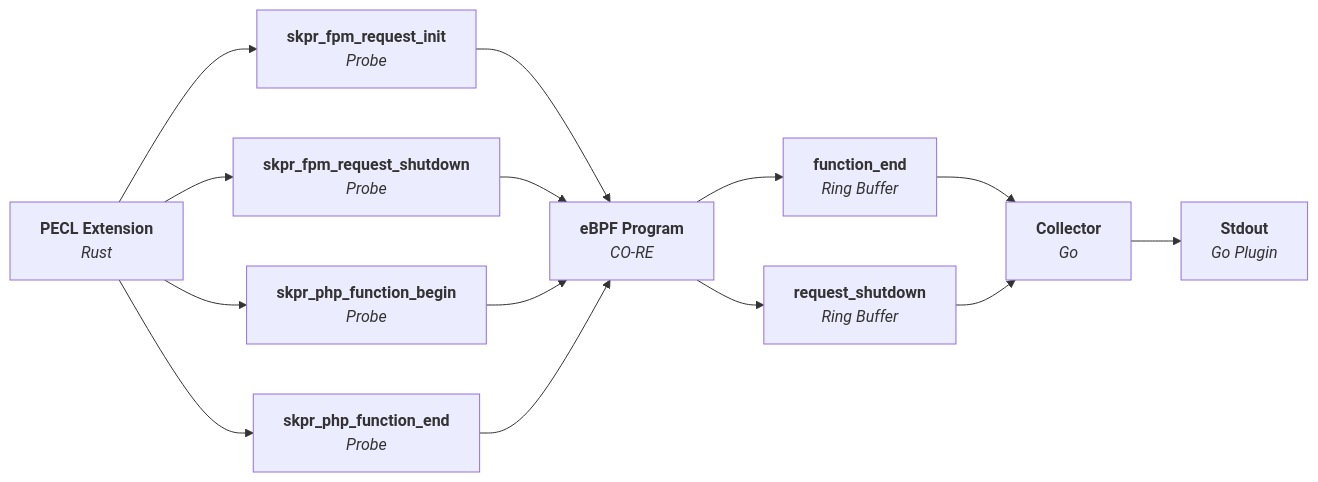
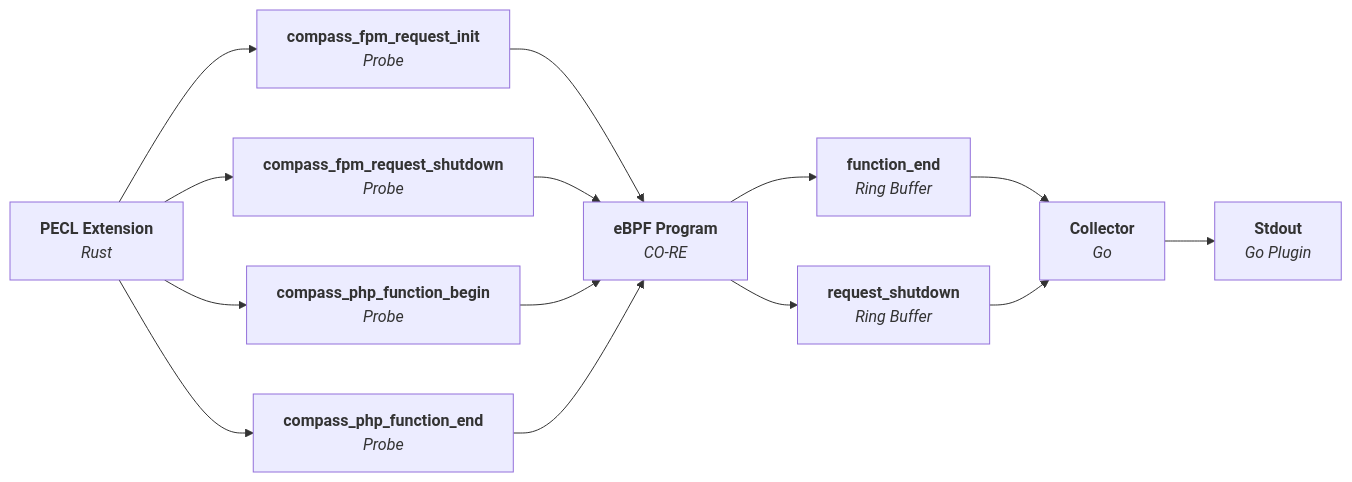
One commit to skpr/compass changed the diagram in README.md. Above: the diagram before and after it, drawn with Mermaid.

````diff
--- a/README.md
+++ b/README.md
@@ -12,20 +12,20 @@
 ```mermaid
 flowchart LR
-   Extension[<b>PECL Extension</b>\n<i>Rust</i>] --> skpr_fpm_request_init[<b>skpr_fpm_request_init</b>\n<i>Probe</i>]
-   Extension --> skpr_fpm_request_shutdown[<b>skpr_fpm_request_shutdown</b>\n<i>Probe</i>]
-   Extension --> skpr_php_function_begin[<b>skpr_php_function_begin</b>\n<i>Probe</i>]
-   Extension --> skpr_php_function_end[<b>skpr_php_function_end</b>\n<i>Probe</i>]
+   Extension[<b>PECL Extension</b>\n<i>Rust</i>] --> compass_fpm_request_init[<b>compass_fpm_request_init</b>\n<i>Probe</i>]
+   Extension --> compass_fpm_request_shutdown[<b>compass_fpm_request_shutdown</b>\n<i>Probe</i>]
+   Extension --> compass_php_function_begin[<b>compass_php_function_begin</b>\n<i>Probe</i>]
+   Extension --> compass_php_function_end[<b>compass_php_function_end</b>\n<i>Probe</i>]
 
-   skpr_fpm_request_init --> eBPF[<b>eBPF Program</b>\n<i>CO-RE</i>]
-   skpr_fpm_request_shutdown --> eBPF
-   skpr_php_function_begin --> eBPF
-   skpr_php_function_end --> eBPF
+   compass_fpm_request_init --> eBPF[<b>eBPF Program</b>\n<i>CO-RE</i>]
+   compass_fpm_request_shutdown --> eBPF
+   compass_php_function_begin --> eBPF
+   compass_php_function_end --> eBPF
 
    eBPF --> function_end[<b>function_end</b>\n<i>Ring Buffer</i>]
    eBPF --> request_shutdown[<b>request_shutdown</b>\n<i>Ring Buffer</i>]
 
    function_end --> Collector[<b>Collector</b>\n<i>Go</i>]
    request_shutdown --> Collector
 
    Collector --> Stdout[<b>Stdout</b>\n<i>Go Plugin</i>]
 ```
````
